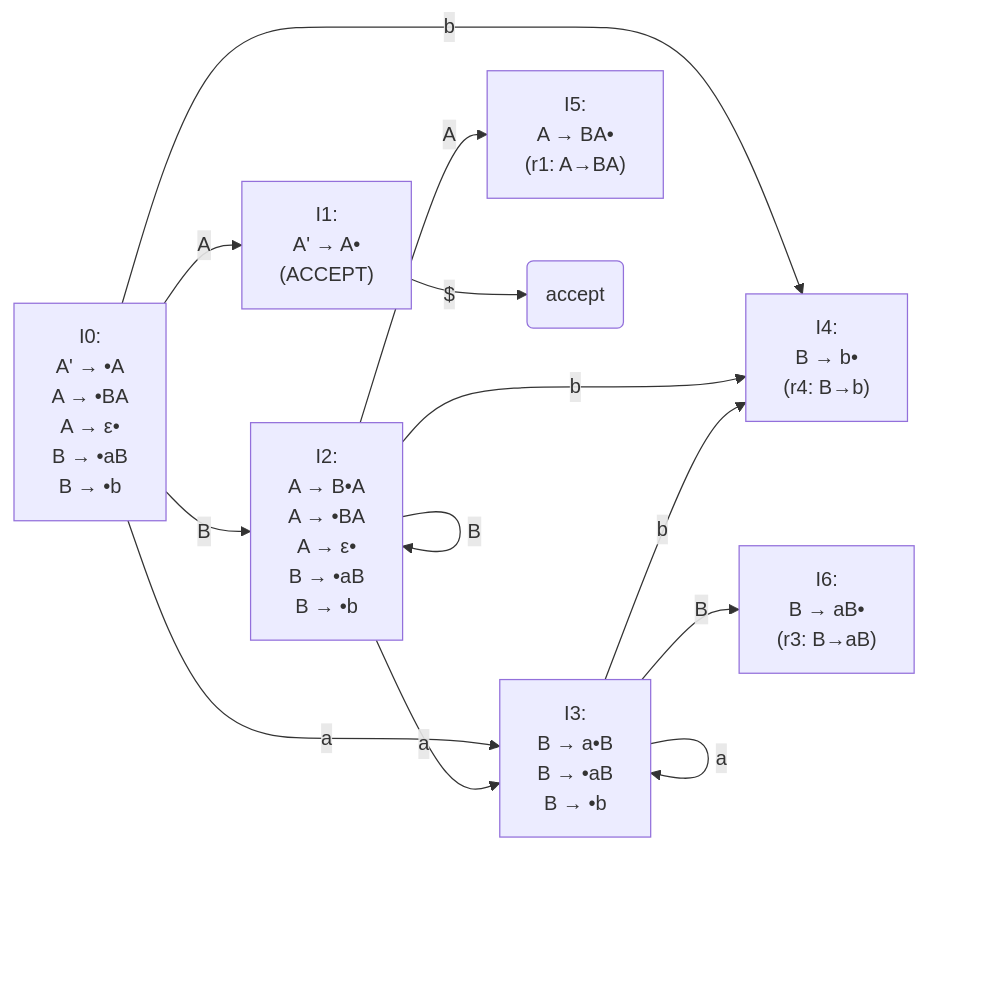
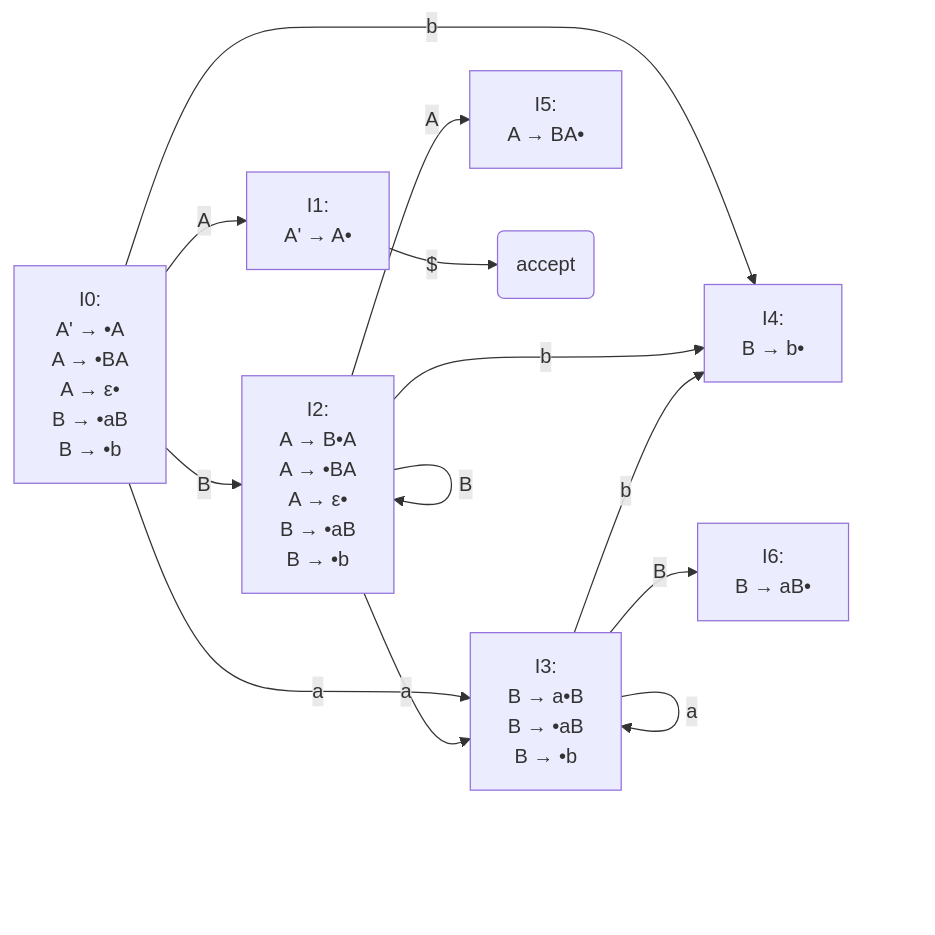
Before and after one commit to sunshine-sutingjun/XMU-CS-exam: the diagram in 编译原理/期末和一些期中（未分类）/2017答案/2017.md, drawn with Mermaid.

````diff
--- a/编译原理/期末和一些期中（未分类）/2017答案/2017.md
+++ b/编译原理/期末和一些期中（未分类）/2017答案/2017.md
@@ -189,54 +189,50 @@
 ```mermaid
 graph LR
     I0["I0: 
         A' → •A
         A → •BA
         A → ε•
         B → •aB
         B → •b
     "] -- A --> I1
     I0 -- B --> I2
     I0 -- a --> I3
     I0 -- b --> I4
 
     I1["I1: 
         A' → A• 
-        (ACCEPT)
     "]
 
     I2["I2: 
         A → B•A
         A → •BA
         A → ε•
         B → •aB
         B → •b
     "] -- A --> I5
     I2 -- B --> I2
     I2 -- a --> I3
     I2 -- b --> I4
 
     I3["I3: 
         B → a•B
         B → •aB
         B → •b
     "] -- B --> I6
     I3 -- a --> I3
     I3 -- b --> I4
 
     I4["I4: 
         B → b• 
-        (r4: B→b)
     "]
 
     I5["I5: 
         A → BA• 
-        (r1: A→BA)
     "]
 
     I6["I6: 
         B → aB• 
-        (r3: B→aB)
     "]
 
     I1 -- $ --> accept(accept)
 ```
````
